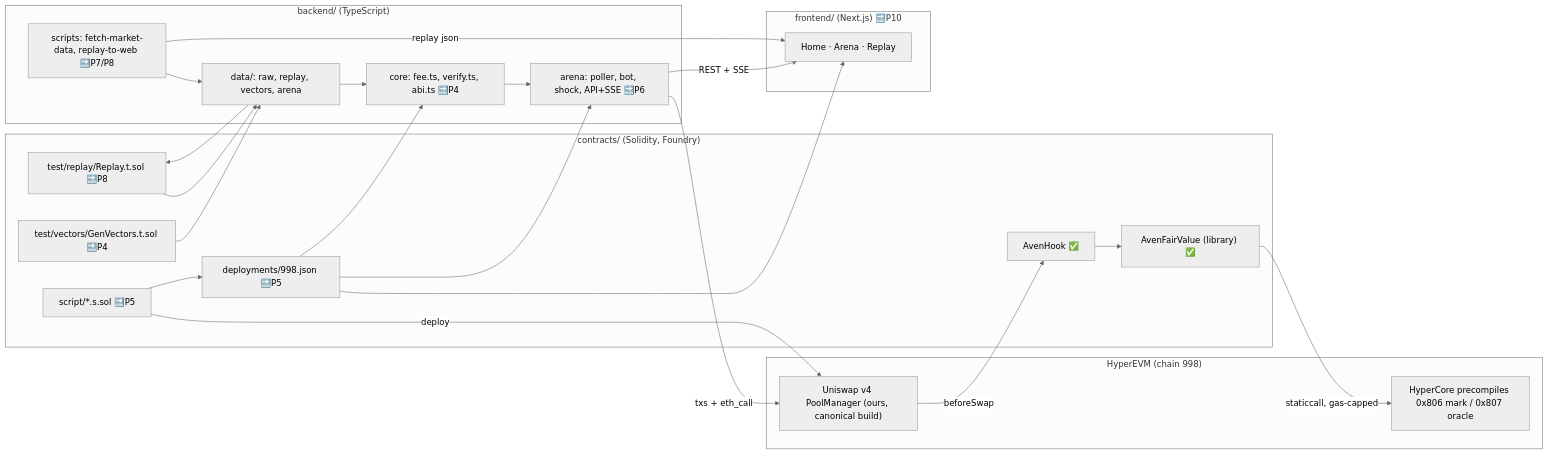
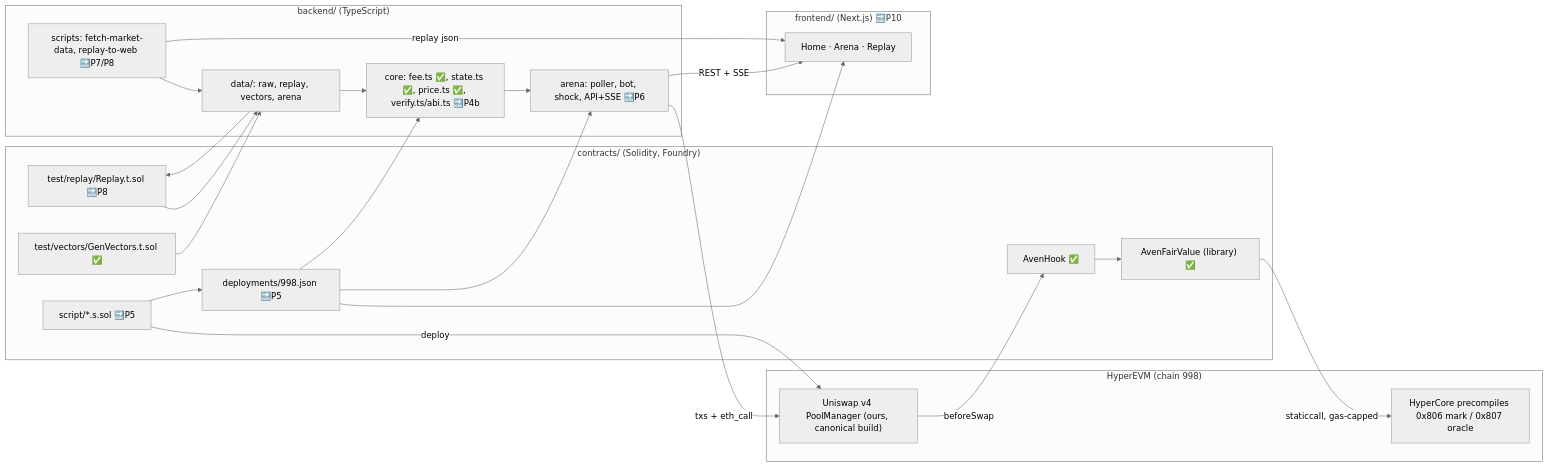
The diagram in docs/FLOW.md (SATISH-JALAN/Aven), drawn with Mermaid (neutral theme) before and after one commit. The commit also changed other lines of this file and 19 other files, not shown here.

First line of the commit message:
feat(core): TS fee port and Solidity-TS differential proof (10k vectors)

````diff
--- a/docs/FLOW.md
+++ b/docs/FLOW.md
@@ -13,34 +13,34 @@
 ```mermaid
 flowchart LR
   subgraph contracts["contracts/ (Solidity, Foundry)"]
     FV["AvenFairValue (library) ✅"]
     HK["AvenHook ✅"]
     SC["script/*.s.sol 🔜P5"]
     DEP["deployments/998.json 🔜P5"]
     REP["test/replay/Replay.t.sol 🔜P8"]
-    VEC["test/vectors/GenVectors.t.sol 🔜P4"]
+    VEC["test/vectors/GenVectors.t.sol ✅"]
   end
   subgraph chain["HyperEVM (chain 998)"]
     PM["Uniswap v4 PoolManager (ours, canonical build)"]
     PC["HyperCore precompiles 0x806 mark / 0x807 oracle"]
   end
   subgraph backend["backend/ (TypeScript)"]
-    CORE["core: fee.ts, verify.ts, abi.ts 🔜P4"]
+    CORE["core: fee.ts ✅, state.ts ✅, price.ts ✅, verify.ts/abi.ts 🔜P4b"]
     ARENA["arena: poller, bot, shock, API+SSE 🔜P6"]
     SCR["scripts: fetch-market-data, replay-to-web 🔜P7/P8"]
     DATA["data/: raw, replay, vectors, arena"]
   end
   subgraph frontend["frontend/ (Next.js) 🔜P10"]
     WEB["Home · Arena · Replay"]
   end
   SC -->|deploy| PM
   SC --> DEP
   PM -->|beforeSwap| HK --> FV -->|staticcall, gas-capped| PC
   DEP --> CORE & ARENA & WEB
   ARENA -->|txs + eth_call| PM
   ARENA -->|REST + SSE| WEB
   CORE --> ARENA
   VEC --> DATA --> CORE
   SCR --> DATA --> REP --> DATA
   SCR -->|replay json| WEB
 ```
````
